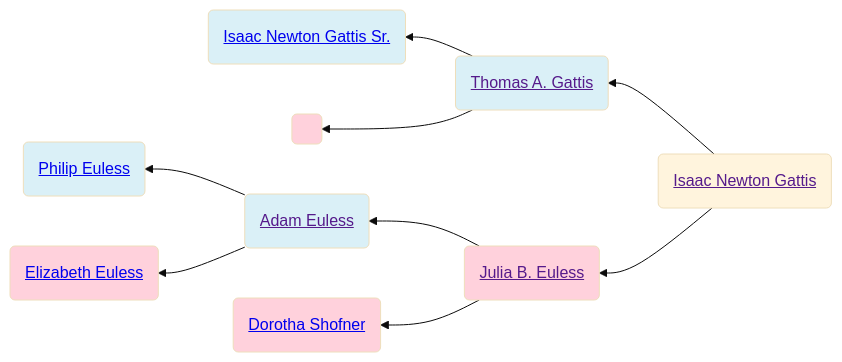
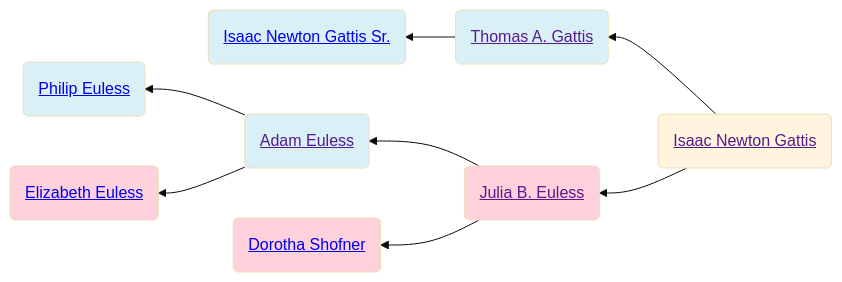
One commit to neelsmith/avocational changed the first of 2 diagrams in familyhistory/sources/people/Gattis-line/Isaac_Newton_Gattis.qmd. Above: the diagram before and after it, drawn with Mermaid (base theme). The commit also changed other lines of this file and 210 other files, not shown here.

````diff
--- a/familyhistory/sources/people/Gattis-line/Isaac_Newton_Gattis.qmd
+++ b/familyhistory/sources/people/Gattis-line/Isaac_Newton_Gattis.qmd
@@ -26,24 +26,22 @@
 ```{mermaid}
 graph RL
 %% RL ancestor diagram
 Isaac_Newton_Gattis(<a href=''>Isaac Newton Gattis</>) -->  Thomas_A._Gattis(<a href='./Thomas_A._Gattis.html'>Thomas A. Gattis</>)
 Thomas_A._Gattis(<a href=''>Thomas A. Gattis</>) -->  Isaac_Newton_Gattis_Sr.(<a href='./Isaac_Newton_Gattis_Sr..html'>Isaac Newton Gattis Sr.</>)
 class Isaac_Newton_Gattis_Sr. father
-Thomas_A._Gattis(<a href=''>Thomas A. Gattis</>)  --> _(<a href=''> </>)
-class _ mother
 class Thomas_A._Gattis father
 Isaac_Newton_Gattis(<a href=''>Isaac Newton Gattis</>)  --> Julia_B._Euless(<a href='./Euless-line/Julia_B._Euless.html'>Julia B. Euless</>)
 Julia_B._Euless(<a href=''>Julia B. Euless</>) -->  Adam_Euless(<a href='./Adam_Euless.html'>Adam Euless</>)
 Adam_Euless(<a href=''>Adam Euless</>) -->  Philip_Euless(<a href='./Philip_Euless.html'>Philip Euless</>)
 class Philip_Euless father
 Adam_Euless(<a href=''>Adam Euless</>)  --> Elizabeth_Euless(<a href='./Elizabeth_Euless.html'>Elizabeth Euless</>)
 class Elizabeth_Euless mother
 class Adam_Euless father
 Julia_B._Euless(<a href=''>Julia B. Euless</>)  --> Dorotha_Shofner(<a href='./Dorotha_Shofner.html'>Dorotha Shofner</>)
 class Dorotha_Shofner mother
 class Julia_B._Euless mother
 classDef mother fill:#ffd1dc
 classDef father fill:#daf0f7  
 classDef marriage fill:#ffffff
 
 ```
````
